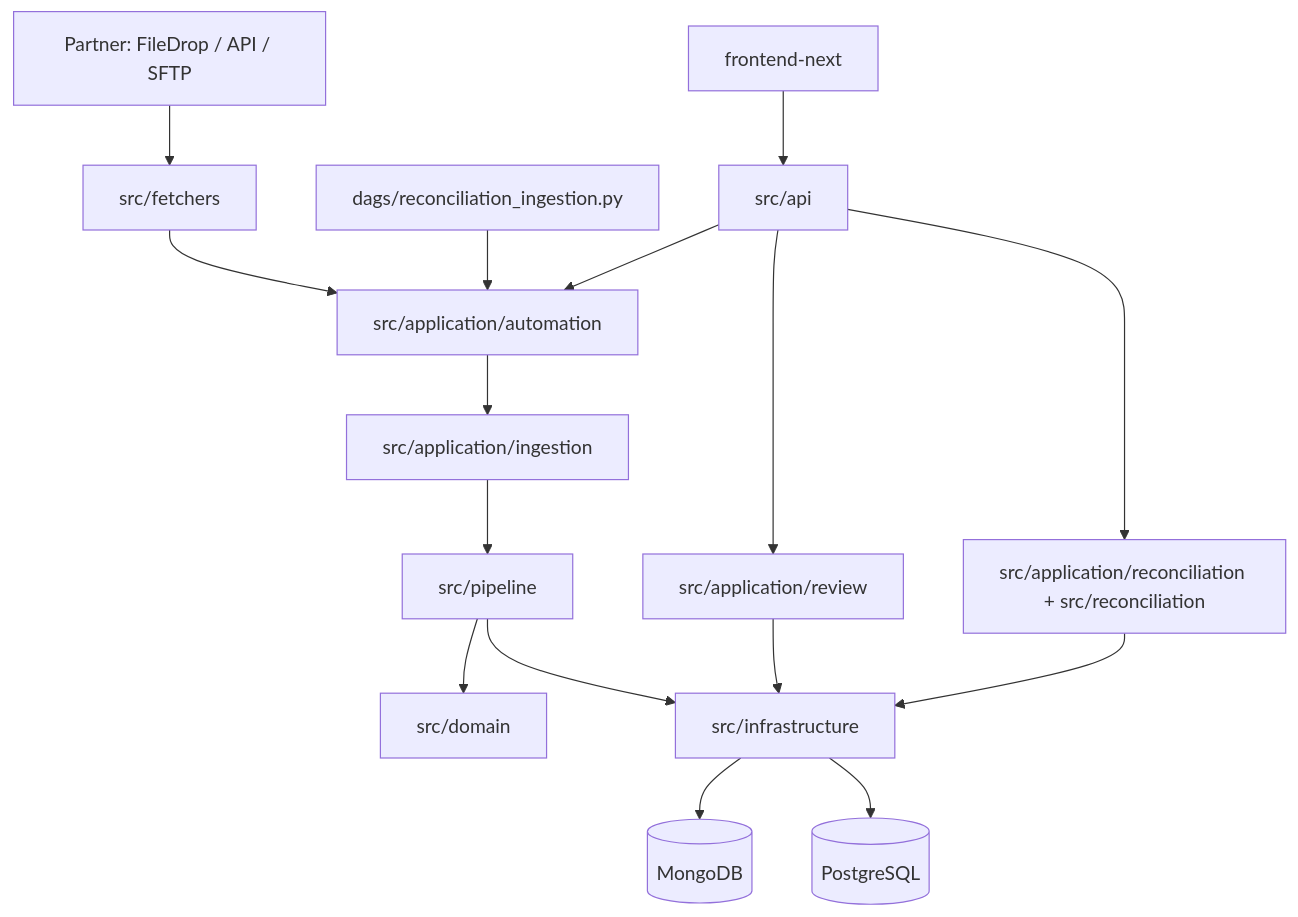
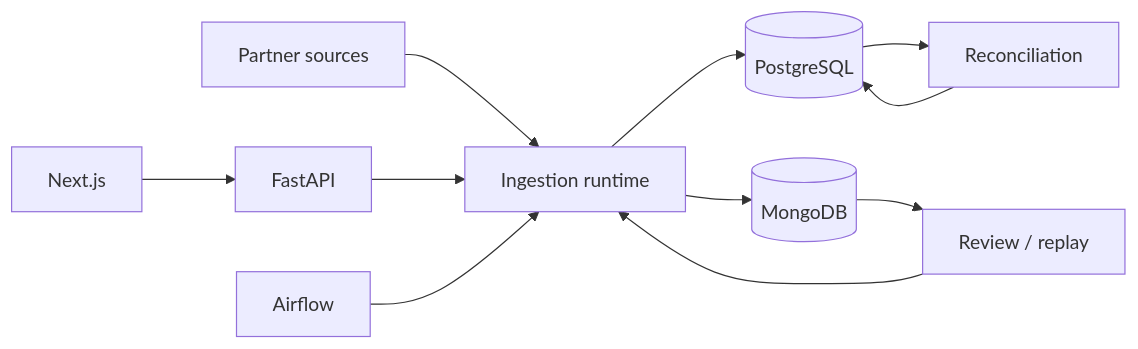
The diagram in docs/phase-1/ARCHITECTURE.md (kuokdavinci/ReconciliationIngestionPlatform), drawn with Mermaid before and after one commit. The commit also changed other lines of this file and 3 other files, not shown here.

Commit message:
docs: simplify diagrams and clarify source of truth

````diff
--- a/docs/phase-1/ARCHITECTURE.md
+++ b/docs/phase-1/ARCHITECTURE.md
@@ -9,32 +9,13 @@
 ```mermaid
-flowchart TB
-    Partner[Partner: FileDrop / API / SFTP]
-    Fetch[src/fetchers]
-    Airflow[dags/reconciliation_ingestion.py]
-    API[src/api]
-    Automation[src/application/automation]
-    Ingestion[src/application/ingestion]
-    Pipeline[src/pipeline]
-    Domain[src/domain]
-    Infra[src/infrastructure]
-    Review[src/application/review]
-    Recon[src/application/reconciliation + src/reconciliation]
-    Mongo[(MongoDB)]
-    Postgres[(PostgreSQL)]
-    UI[frontend-next]
-
-    Partner --> Fetch
-    Fetch --> Automation
-    Airflow --> Automation
-    API --> Automation
-    API --> Review
-    API --> Recon
-    UI --> API
-    Automation --> Ingestion --> Pipeline
-    Pipeline --> Domain
-    Pipeline --> Infra
-    Review --> Infra
-    Recon --> Infra
-    Infra --> Mongo
-    Infra --> Postgres
+flowchart LR
+    P[Partner sources] --> I[Ingestion runtime]
+    API[FastAPI] --> I
+    AF[Airflow] --> I
+    I --> PG[(PostgreSQL)]
+    I --> M[(MongoDB)]
+    PG --> R[Reconciliation]
+    R --> PG
+    UI[Next.js] --> API
+    M --> V[Review / replay]
+    V --> I
 ```
````
